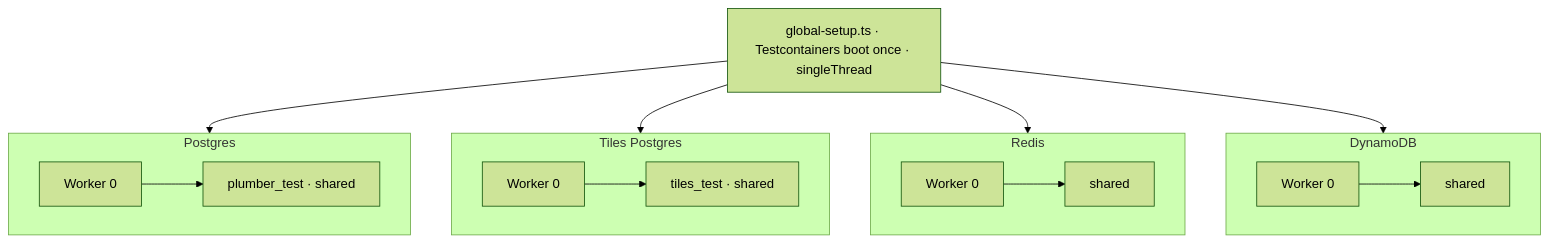
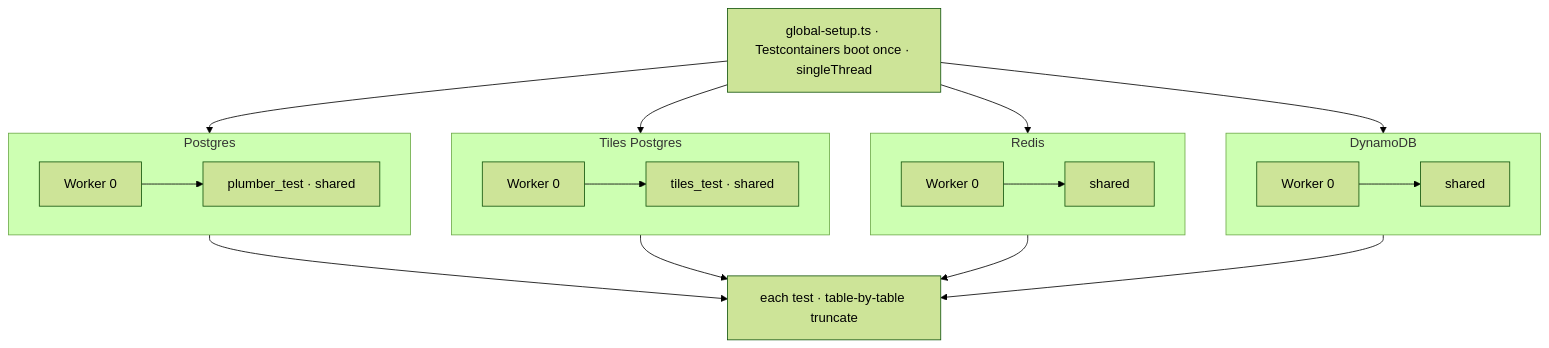
Before and after one commit to opengovsg/plumber: the third of 4 diagrams in docs/blog-speeding-up-vitest-tests.md, drawn with Mermaid (forest theme). The commit also changed other lines of this file, not shown here.

Commit message:
docs: fix per-test hook timing in diagrams, note worker init

````diff
--- a/docs/blog-speeding-up-vitest-tests.md
+++ b/docs/blog-speeding-up-vitest-tests.md
@@ -117,29 +117,35 @@
 ```mermaid
 flowchart TB
   GS["global-setup.ts · Testcontainers boot once · singleThread"]
 
   subgraph pg ["Postgres"]
     direction LR
     W0p["Worker 0"] --> PG["plumber_test · shared"]
   end
 
   subgraph tiles ["Tiles Postgres"]
     direction LR
     W0t["Worker 0"] --> T["tiles_test · shared"]
   end
 
   subgraph redis ["Redis"]
     direction LR
     W0r["Worker 0"] --> R["shared"]
   end
 
   subgraph dynamo ["DynamoDB"]
     direction LR
     W0d["Worker 0"] --> D["shared"]
   end
 
   GS --> pg
   GS --> tiles
   GS --> redis
   GS --> dynamo
+
+  HOOK["each test · table-by-table truncate"]
+  pg --> HOOK
+  tiles --> HOOK
+  redis --> HOOK
+  dynamo --> HOOK
 ```
````
